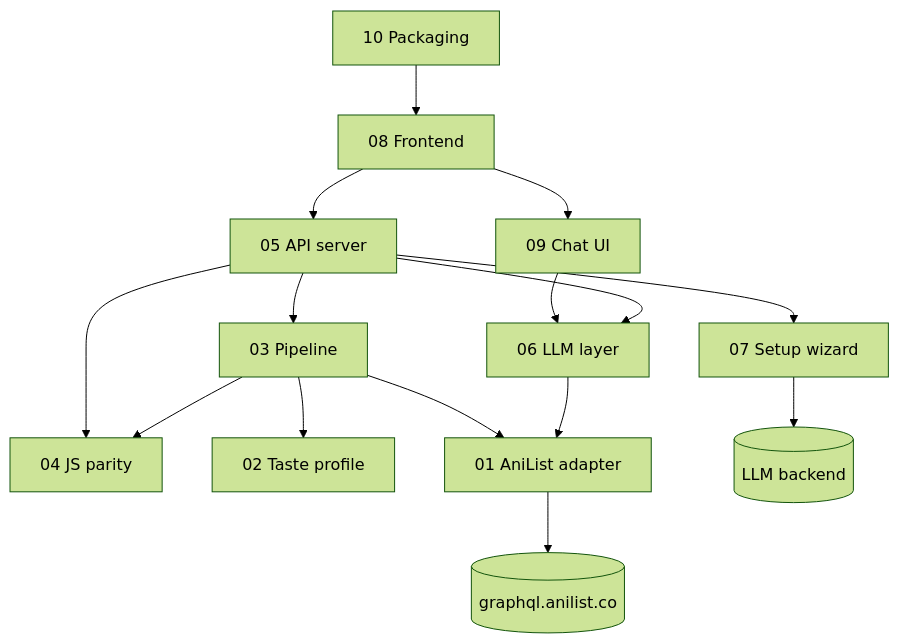
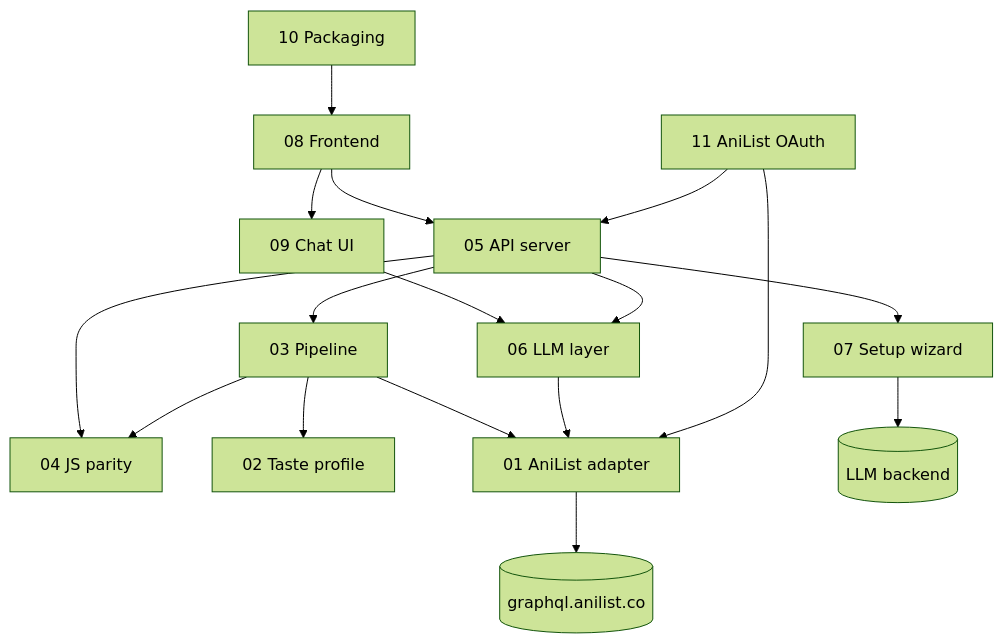
The diagram in docs/wiki/INDEX.md (LookUpMark/osusume), drawn with Mermaid (forest theme) before and after one commit. The commit also changed other lines of this file and 9 other files, not shown here.

Commit message:
docs: contract/anilist-api/roadmap per SSE+OAuth, wiki sync 86c4757 (pagina 11 OAuth)

````diff
--- a/docs/wiki/INDEX.md
+++ b/docs/wiki/INDEX.md
@@ -24,17 +25,19 @@
 ```mermaid
 flowchart TD
   UI[08 Frontend] --> API[05 API server]
   UI --> CHAT[09 Chat UI]
   CHAT --> LLM[06 LLM layer]
   API --> PIPE[03 Pipeline]
   API --> LLM
   API --> SET[07 Setup wizard]
   API --> PAR[04 JS parity]
   PIPE --> PROF[02 Taste profile]
   PIPE --> ANI[01 AniList adapter]
   PIPE --> PAR
   LLM --> ANI
+  OAUTH[11 AniList OAuth] --> ANI
+  OAUTH --> API
   SET --> BACK[(LLM backend)]
   ANI --> AN[(graphql.anilist.co)]
   PACK[10 Packaging] --> UI
 ```
````
